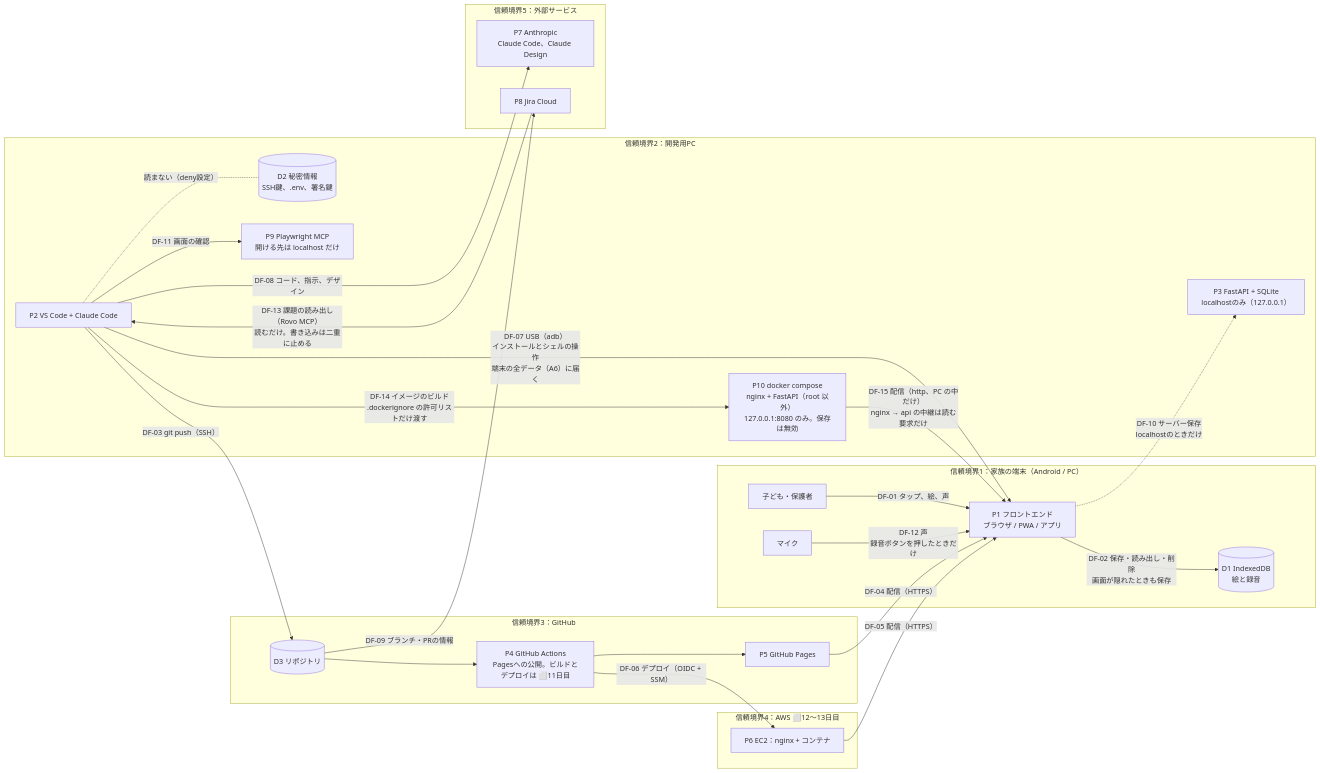
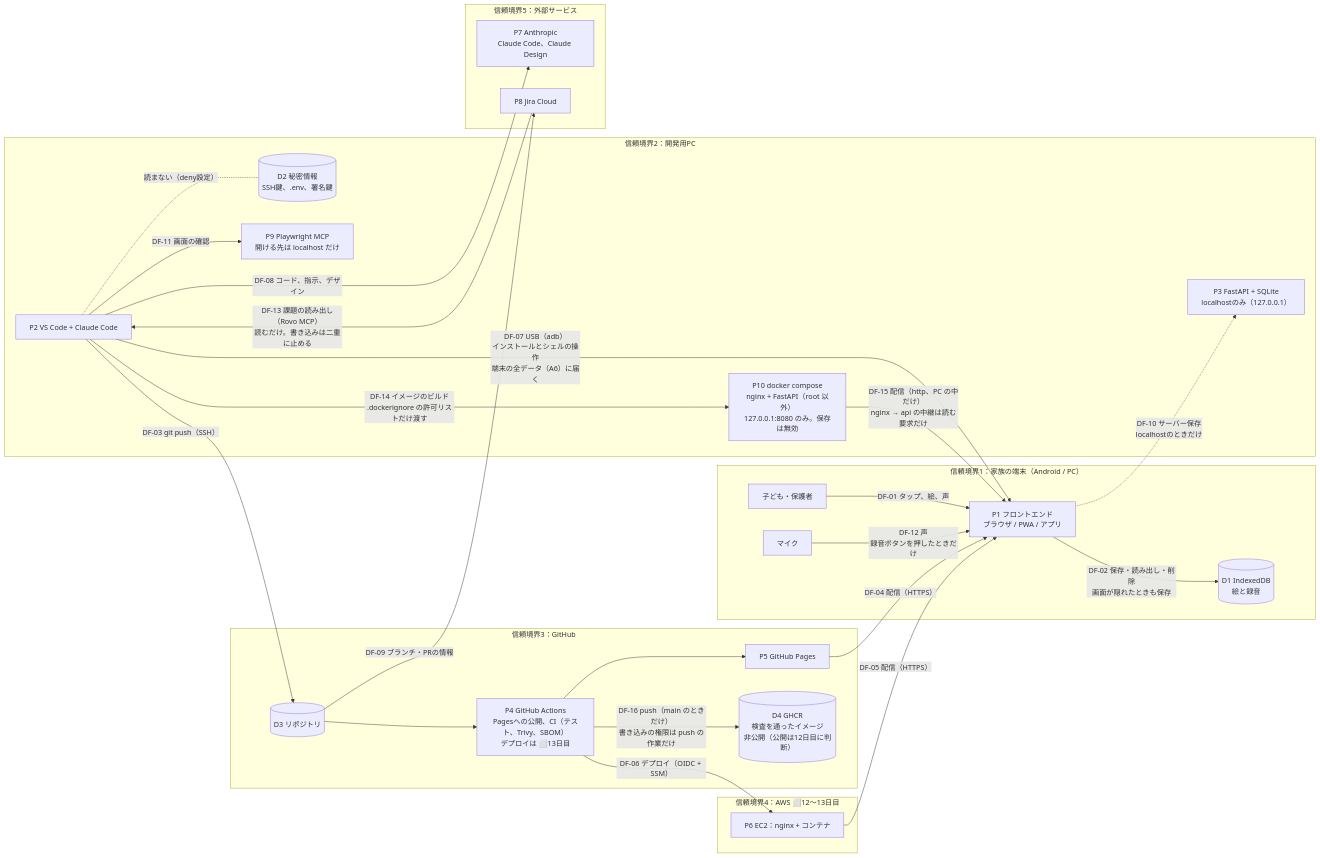
Before and after one commit to Hayato-F110/kids-play: the diagram in docs/security/threat-model.md, drawn with Mermaid. The commit also changed other lines of this file and 1 other file, not shown here.

Commit message:
KIDS-38 docs: 脅威分析に GHCR と CI の部品の乗っ取りへの対策を追記し、構成図の CI を完了にする

````diff
--- a/docs/security/threat-model.md
+++ b/docs/security/threat-model.md
@@ -24,50 +24,52 @@
 ```mermaid
 flowchart LR
     subgraph TB1["信頼境界1：家族の端末（Android / PC）"]
         child["子ども・保護者"]
         ui["P1 フロントエンド<br>ブラウザ / PWA / アプリ"]
         mic["マイク"]
         idb[("D1 IndexedDB<br>絵と録音")]
         child -- "DF-01 タップ、絵、声" --> ui
         mic -- "DF-12 声<br>録音ボタンを押したときだけ" --> ui
         ui -- "DF-02 保存・読み出し・削除<br>画面が隠れたときも保存" --> idb
     end
 
     subgraph TB2["信頼境界2：開発用PC"]
         dev["P2 VS Code + Claude Code"]
         secrets[("D2 秘密情報<br>SSH鍵、.env、署名鍵")]
         localapi["P3 FastAPI + SQLite<br>localhostのみ（127.0.0.1）"]
         mcp["P9 Playwright MCP<br>開ける先は localhost だけ"]
         compose["P10 docker compose<br>nginx + FastAPI（root 以外）<br>127.0.0.1:8080 のみ。保存は無効"]
         dev -. "読まない（deny設定）" .- secrets
         dev -- "DF-11 画面の確認" --> mcp
         dev -- "DF-14 イメージのビルド<br>.dockerignore の許可リストだけ渡す" --> compose
     end
 
     subgraph TB3["信頼境界3：GitHub"]
         repo[("D3 リポジトリ")]
-        actions["P4 GitHub Actions<br>Pagesへの公開。ビルドとデプロイは ⬜11日目"]
+        actions["P4 GitHub Actions<br>Pagesへの公開、CI（テスト、Trivy、SBOM）<br>デプロイは ⬜13日目"]
         pages["P5 GitHub Pages"]
+        ghcr[("D4 GHCR<br>検査を通ったイメージ<br>非公開（公開は12日目に判断）")]
         repo --> actions --> pages
+        actions -- "DF-16 push（main のときだけ）<br>書き込みの権限は push の作業だけ" --> ghcr
     end
 
     subgraph TB4["信頼境界4：AWS ⬜12〜13日目"]
         ec2["P6 EC2：nginx + コンテナ"]
     end
 
     subgraph TB5["信頼境界5：外部サービス"]
         claude["P7 Anthropic<br>Claude Code、Claude Design"]
         jira["P8 Jira Cloud"]
     end
 
     dev -- "DF-03 git push（SSH）" --> repo
     pages -- "DF-04 配信（HTTPS）" --> ui
     ec2 -- "DF-05 配信（HTTPS）" --> ui
     actions -- "DF-06 デプロイ（OIDC + SSM）" --> ec2
     dev -- "DF-07 USB（adb）<br>インストールとシェルの操作<br>端末の全データ（A6）に届く" --> ui
     dev -- "DF-08 コード、指示、デザイン" --> claude
     repo -- "DF-09 ブランチ・PRの情報" --> jira
     ui -. "DF-10 サーバー保存<br>localhostのときだけ" .-> localapi
     compose -- "DF-15 配信（http、PC の中だけ）<br>nginx → api の中継は読む要求だけ" --> ui
     jira -- "DF-13 課題の読み出し（Rovo MCP）<br>読むだけ。書き込みは二重に止める" --> dev
 ```
````
